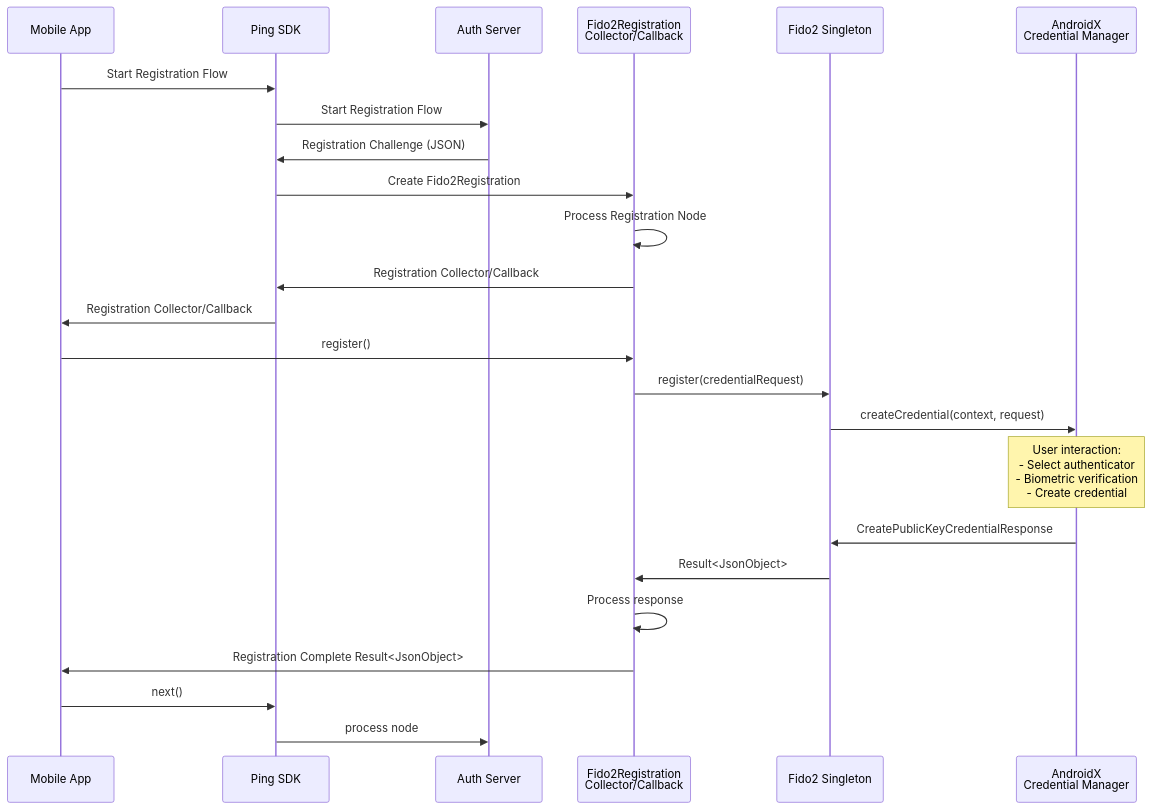
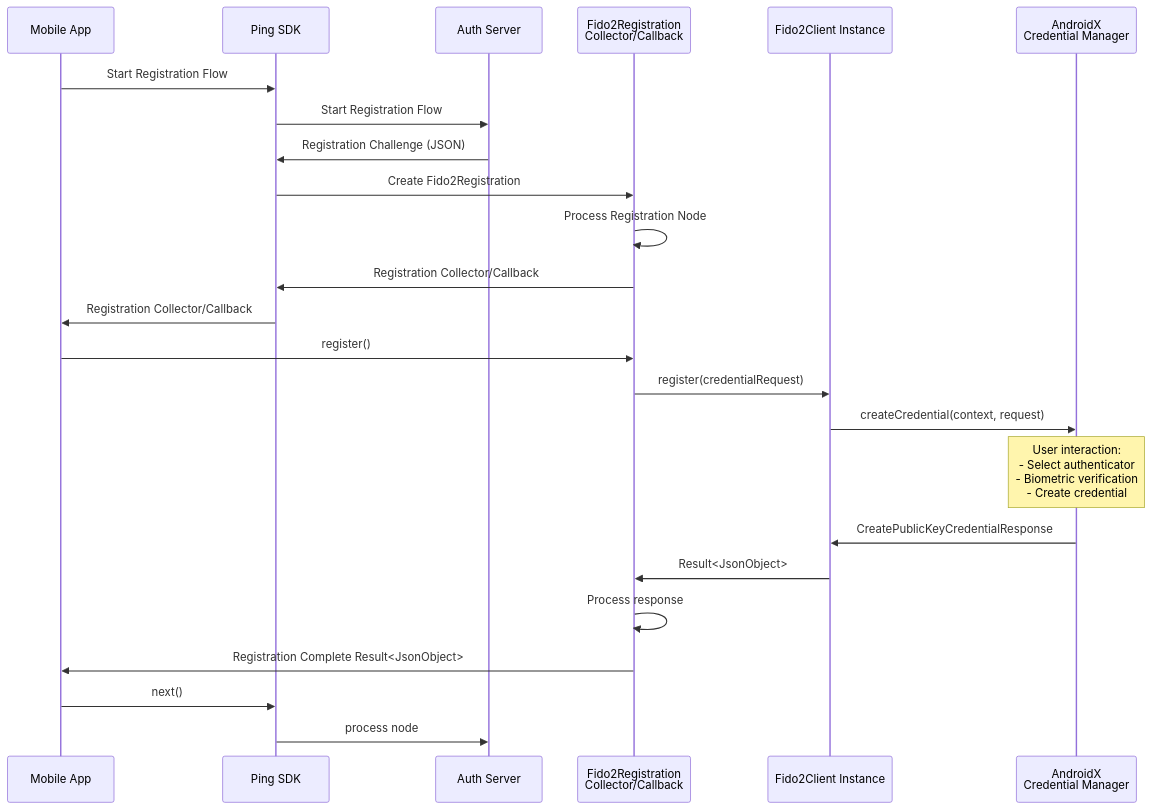
The second of 2 diagrams in mfa/fido2/CONCEPT.md (ForgeRock/ping-android-sdk), drawn with Mermaid before and after one commit. The commit also changed other lines of this file and 29 other files, not shown here.

````diff
--- a/mfa/fido2/CONCEPT.md
+++ b/mfa/fido2/CONCEPT.md
@@ -103,26 +110,26 @@
 ```mermaid
 sequenceDiagram
   participant App as Mobile App
   participant SDK as Ping SDK
   participant Server as Auth Server
   participant RegCol as Fido2Registration<br/>Collector/Callback
-  participant Fido2 as Fido2 Singleton
+  participant Fido2Client as Fido2Client Instance
   participant CredMgr as AndroidX<br/>Credential Manager
   App ->> SDK: Start Registration Flow
   SDK ->> Server: Start Registration Flow
   Server ->> SDK: Registration Challenge (JSON)
   SDK ->> RegCol: Create Fido2Registration
   RegCol ->> RegCol: Process Registration Node
   RegCol ->> SDK: Registration Collector/Callback
   SDK ->> App: Registration Collector/Callback
   App ->> RegCol: register()
-  RegCol ->> Fido2: register(credentialRequest)
-  Fido2 ->> CredMgr: createCredential(context, request)
+  RegCol ->> Fido2Client: register(credentialRequest)
+  Fido2Client ->> CredMgr: createCredential(context, request)
   Note over CredMgr: User interaction:<br/>- Select authenticator<br/>- Biometric verification<br/>- Create credential
-  CredMgr ->> Fido2: CreatePublicKeyCredentialResponse
-  Fido2 ->> RegCol: Result<JsonObject>
+  CredMgr ->> Fido2Client: CreatePublicKeyCredentialResponse
+  Fido2Client ->> RegCol: Result<JsonObject>
   RegCol ->> RegCol: Process response
   RegCol ->> App: Registration Complete Result<JsonObject>
   App ->> SDK: next()
   SDK ->> Server: process node
 ```
````
